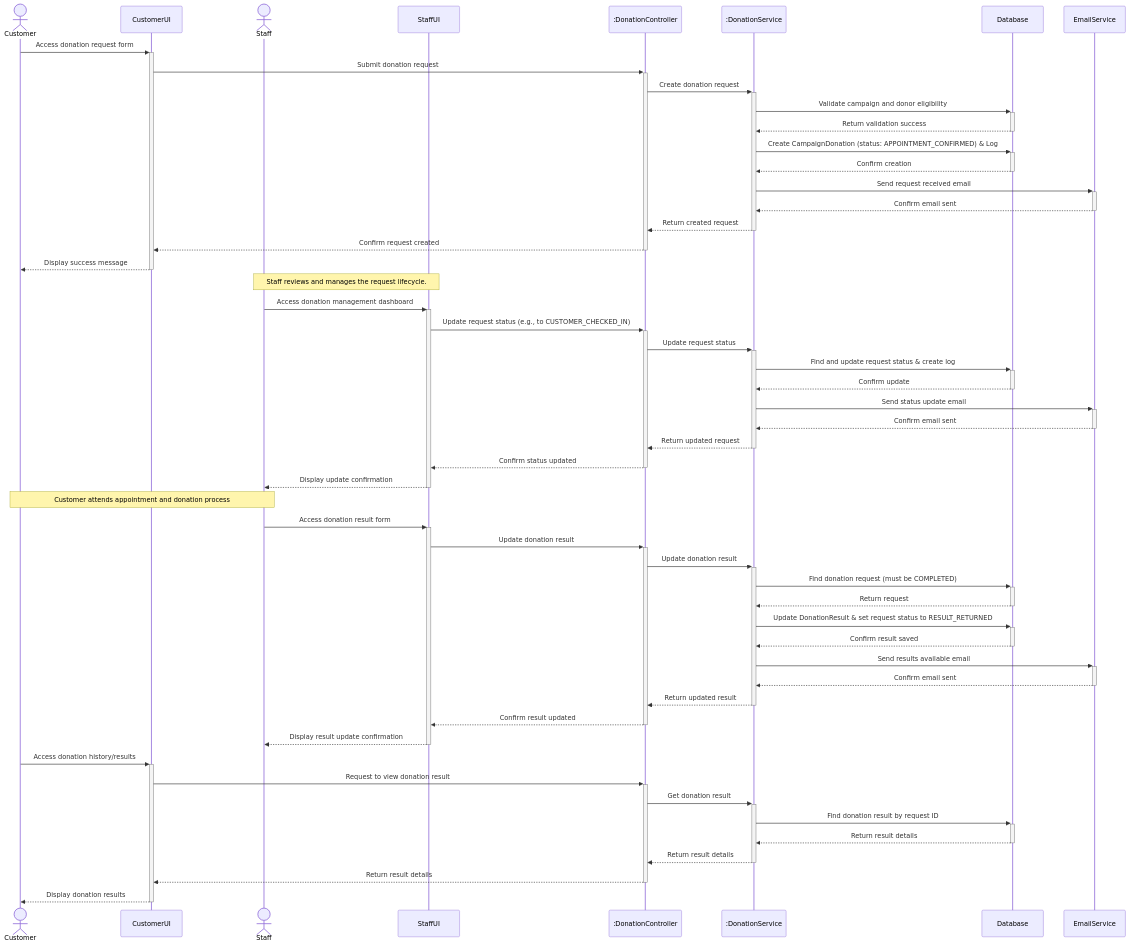
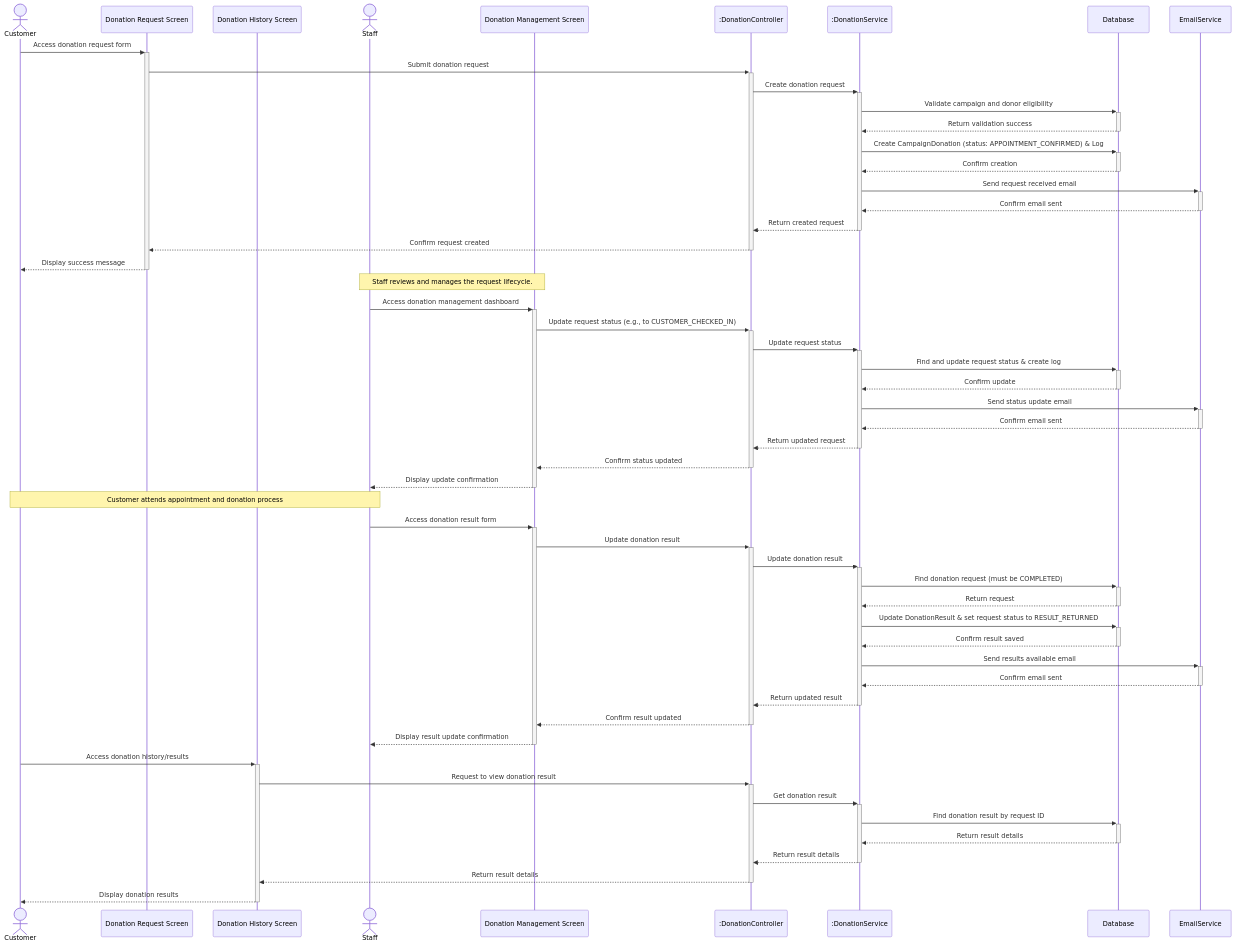
One commit to phamnguyenviethung/bloodlink-be changed the first of 3 diagrams in docs/DONATION_FLOW.md. Above: the diagram before and after it, drawn with Mermaid. The commit also changed other lines of this file and 1 other file, not shown here.

````diff
--- a/docs/DONATION_FLOW.md
+++ b/docs/DONATION_FLOW.md
@@ -5,65 +5,66 @@
 ```mermaid
 sequenceDiagram
     actor Customer
-    participant CustomerUI
+    participant Donation Request Screen
+    participant Donation History Screen
     actor Staff
-    participant StaffUI
+    participant Donation Management Screen
     participant DonationController as :DonationController
     participant DonationService as :DonationService
     participant Database
     participant EmailService
 
     %% --- 1. Customer Creates Donation Request ---
-    Customer->>+CustomerUI: Access donation request form
-    CustomerUI->>+DonationController: Submit donation request
+    Customer->>+Donation Request Screen: Access donation request form
+    Donation Request Screen->>+DonationController: Submit donation request
     DonationController->>+DonationService: Create donation request
     DonationService->>+Database: Validate campaign and donor eligibility
     Database-->>-DonationService: Return validation success
     DonationService->>+Database: Create CampaignDonation (status: APPOINTMENT_CONFIRMED) & Log
     Database-->>-DonationService: Confirm creation
     DonationService->>+EmailService: Send request received email
     EmailService-->>-DonationService: Confirm email sent
     DonationService-->>-DonationController: Return created request
-    DonationController-->>-CustomerUI: Confirm request created
-    CustomerUI-->>-Customer: Display success message
+    DonationController-->>-Donation Request Screen: Confirm request created
+    Donation Request Screen-->>-Customer: Display success message
 
     %% --- 2. Staff Manages Request ---
-    Note over Staff, StaffUI: Staff reviews and manages the request lifecycle.
+    Note over Staff, Donation Management Screen: Staff reviews and manages the request lifecycle.
 
-    Staff->>+StaffUI: Access donation management dashboard
-    StaffUI->>+DonationController: Update request status (e.g., to CUSTOMER_CHECKED_IN)
+    Staff->>+Donation Management Screen: Access donation management dashboard
+    Donation Management Screen->>+DonationController: Update request status (e.g., to CUSTOMER_CHECKED_IN)
     DonationController->>+DonationService: Update request status
     DonationService->>+Database: Find and update request status & create log
     Database-->>-DonationService: Confirm update
     DonationService->>+EmailService: Send status update email
     EmailService-->>-DonationService: Confirm email sent
     DonationService-->>-DonationController: Return updated request
-    DonationController-->>-StaffUI: Confirm status updated
-    StaffUI-->>-Staff: Display update confirmation
+    DonationController-->>-Donation Management Screen: Confirm status updated
+    Donation Management Screen-->>-Staff: Display update confirmation
 
     Note over Customer, Staff: Customer attends appointment and donation process
 
     %% --- 3. Staff Updates Results ---
-    Staff->>+StaffUI: Access donation result form
-    StaffUI->>+DonationController: Update donation result
+    Staff->>+Donation Management Screen: Access donation result form
+    Donation Management Screen->>+DonationController: Update donation result
     DonationController->>+DonationService: Update donation result
     DonationService->>+Database: Find donation request (must be COMPLETED)
     Database-->>-DonationService: Return request
     DonationService->>+Database: Update DonationResult & set request status to RESULT_RETURNED
     Database-->>-DonationService: Confirm result saved
     DonationService->>+EmailService: Send results available email
     EmailService-->>-DonationService: Confirm email sent
     DonationService-->>-DonationController: Return updated result
-    DonationController-->>-StaffUI: Confirm result updated
-    StaffUI-->>-Staff: Display result update confirmation
+    DonationController-->>-Donation Management Screen: Confirm result updated
+    Donation Management Screen-->>-Staff: Display result update confirmation
 
     %% --- 4. Customer Views Results ---
-    Customer->>+CustomerUI: Access donation history/results
-    CustomerUI->>+DonationController: Request to view donation result
+    Customer->>+Donation History Screen: Access donation history/results
+    Donation History Screen->>+DonationController: Request to view donation result
     DonationController->>+DonationService: Get donation result
     DonationService->>+Database: Find donation result by request ID
     Database-->>-DonationService: Return result details
     DonationService-->>-DonationController: Return result details
-    DonationController-->>-CustomerUI: Return result details
-    CustomerUI-->>-Customer: Display donation results
+    DonationController-->>-Donation History Screen: Return result details
+    Donation History Screen-->>-Customer: Display donation results
 ```
````
